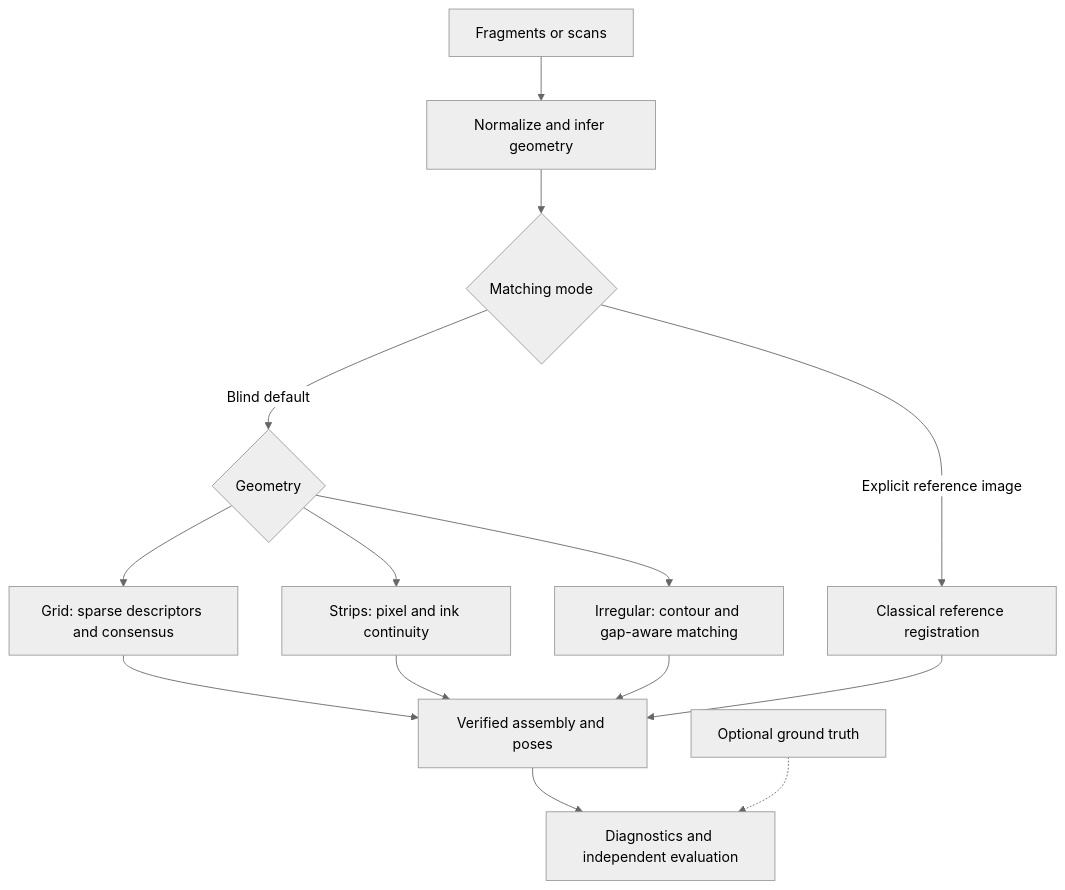
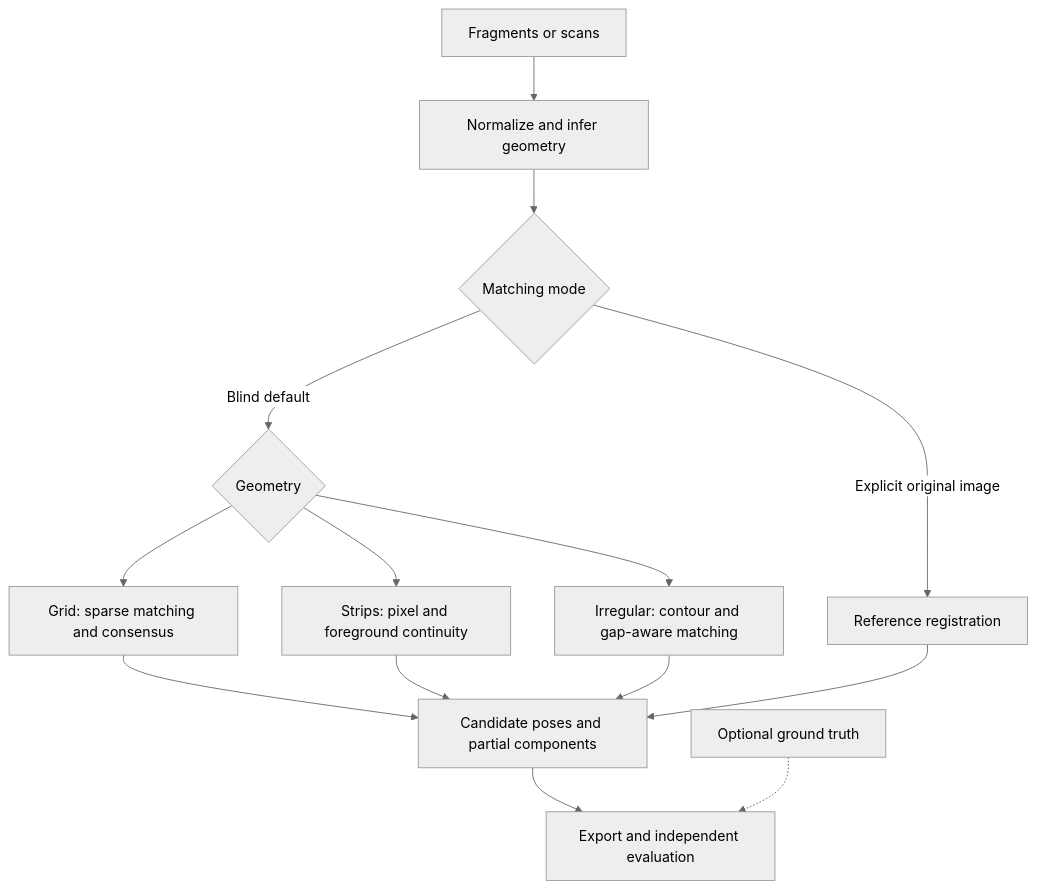
Before and after one commit to Daydreamer2812/fragmentlab-official: the diagram in README.md, drawn with Mermaid (neutral theme). The commit also changed other lines of this file and 83 other files, not shown here.

````diff
--- a/README.md
+++ b/README.md
@@ -226,16 +142,16 @@
 ```mermaid
 flowchart TD
     A[Fragments or scans] --> B[Normalize and infer geometry]
     B --> C{Matching mode}
     C -->|Blind default| D{Geometry}
-    D --> E[Grid: sparse descriptors and consensus]
-    D --> F[Strips: pixel and ink continuity]
+    D --> E[Grid: sparse matching and consensus]
+    D --> F[Strips: pixel and foreground continuity]
     D --> G[Irregular: contour and gap-aware matching]
-    C -->|Explicit reference image| H[Classical reference registration]
-    E --> I[Verified assembly and poses]
+    C -->|Explicit original image| H[Reference registration]
+    E --> I[Candidate poses and partial components]
     F --> I
     G --> I
     H --> I
-    I --> J[Diagnostics and independent evaluation]
+    I --> J[Export and independent evaluation]
     K[Optional ground truth] -.-> J
 ```
````
